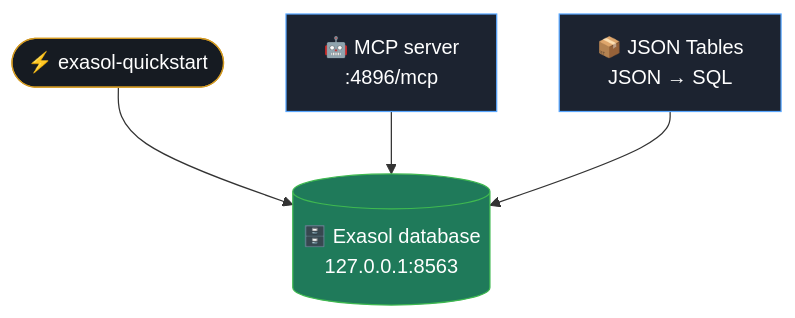
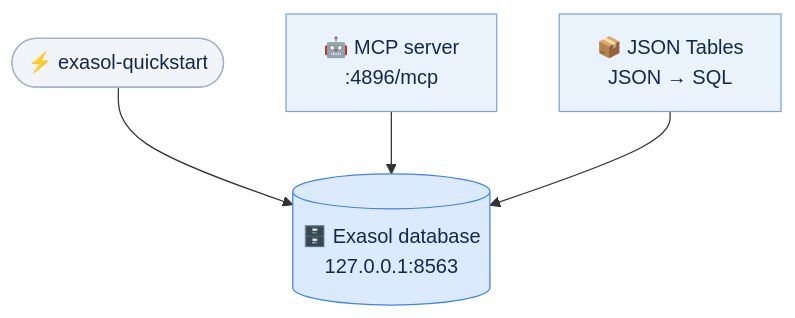
Before and after one commit to krishna-exasol/exasol-quickstart: the diagram in README.md, drawn with Mermaid. The commit also changed 2 other files, not shown here.

Commit message:
README diagram: light, readable Mermaid colors

````diff
--- a/README.md
+++ b/README.md
@@ -58,9 +58,9 @@
 ```mermaid
 flowchart TB
     QS(["⚡ exasol-quickstart"]):::cmd --> DB[("🗄️ Exasol database<br/>127.0.0.1:8563")]:::db
     MCP["🤖 MCP server<br/>:4896/mcp"]:::svc --> DB
     JT["📦 JSON Tables<br/>JSON → SQL"]:::svc --> DB
-    classDef db fill:#1f7a5a,stroke:#3fb950,color:#fff;
-    classDef svc fill:#1c2330,stroke:#58a6ff,color:#fff;
-    classDef cmd fill:#161b22,stroke:#d29922,color:#fff;
+    classDef db fill:#dbeafe,stroke:#3b82f6,color:#13294b;
+    classDef svc fill:#eaf2fb,stroke:#7aa7d9,color:#13294b;
+    classDef cmd fill:#f1f5f9,stroke:#9fb3c8,color:#13294b;
 ```
````
